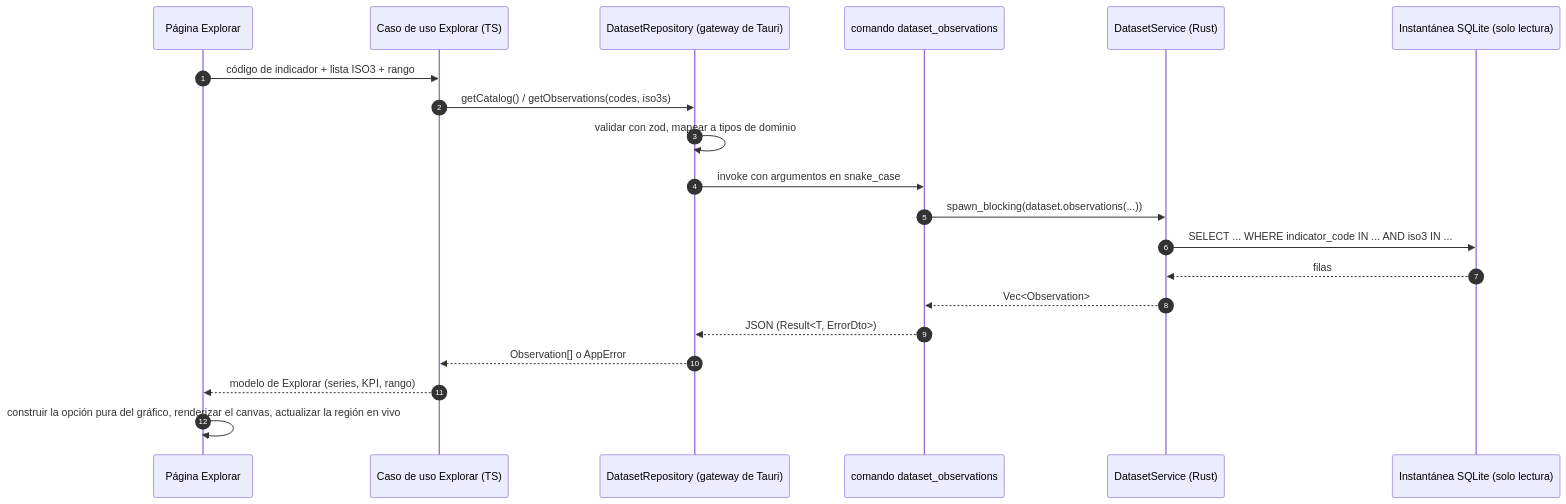
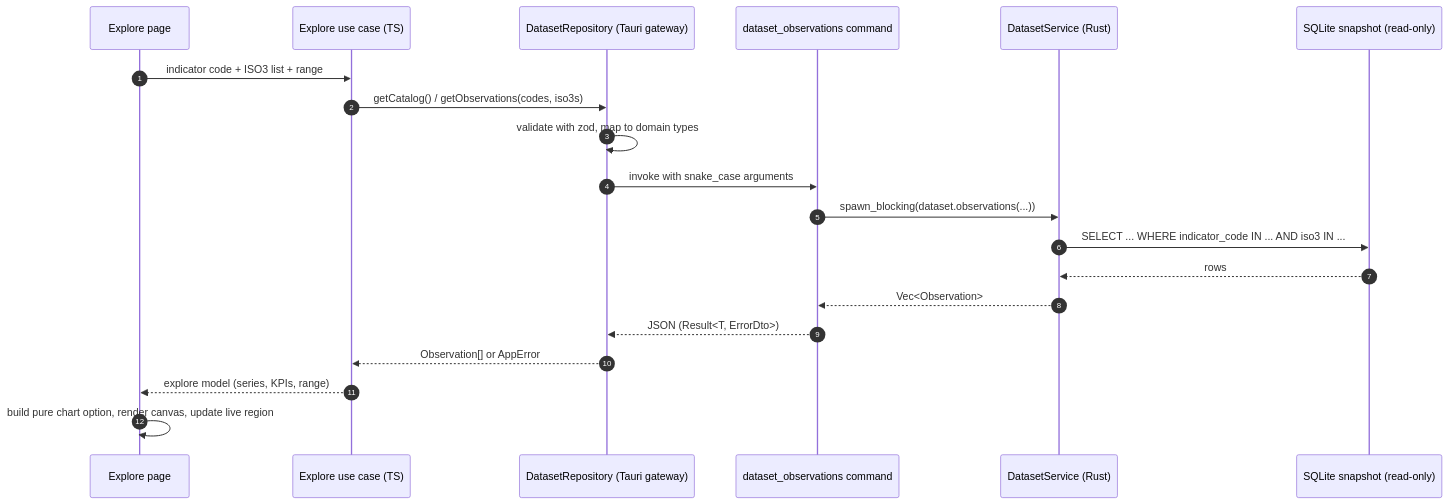
Before and after one commit to Eduardo12Pacheco/indicadores-ecuador-escritorio: the second of 3 diagrams in docs/ARCHITECTURE.md, drawn with Mermaid. The commit also changed other lines of this file and 5 other files, not shown here.

````diff
--- a/docs/ARCHITECTURE.md
+++ b/docs/ARCHITECTURE.md
@@ -137,22 +137,22 @@
 ```mermaid
 sequenceDiagram
   autonumber
-  participant UI as Página Explorar
-  participant UC as Caso de uso Explorar (TS)
-  participant GW as DatasetRepository (gateway de Tauri)
-  participant CMD as comando dataset_observations
+  participant UI as Explore page
+  participant UC as Explore use case (TS)
+  participant GW as DatasetRepository (Tauri gateway)
+  participant CMD as dataset_observations command
   participant SVC as DatasetService (Rust)
-  participant DB as Instantánea SQLite (solo lectura)
-  UI->>UC: código de indicador + lista ISO3 + rango
+  participant DB as SQLite snapshot (read-only)
+  UI->>UC: indicator code + ISO3 list + range
   UC->>GW: getCatalog() / getObservations(codes, iso3s)
-  GW->>GW: validar con zod, mapear a tipos de dominio
-  GW->>CMD: invoke con argumentos en snake_case
+  GW->>GW: validate with zod, map to domain types
+  GW->>CMD: invoke with snake_case arguments
   CMD->>SVC: spawn_blocking(dataset.observations(...))
   SVC->>DB: SELECT ... WHERE indicator_code IN ... AND iso3 IN ...
-  DB-->>SVC: filas
+  DB-->>SVC: rows
   SVC-->>CMD: Vec<Observation>
   CMD-->>GW: JSON (Result<T, ErrorDto>)
-  GW-->>UC: Observation[] o AppError
-  UC-->>UI: modelo de Explorar (series, KPI, rango)
-  UI->>UI: construir la opción pura del gráfico, renderizar el canvas, actualizar la región en vivo
+  GW-->>UC: Observation[] or AppError
+  UC-->>UI: explore model (series, KPIs, range)
+  UI->>UI: build pure chart option, render canvas, update live region
 ```
````
